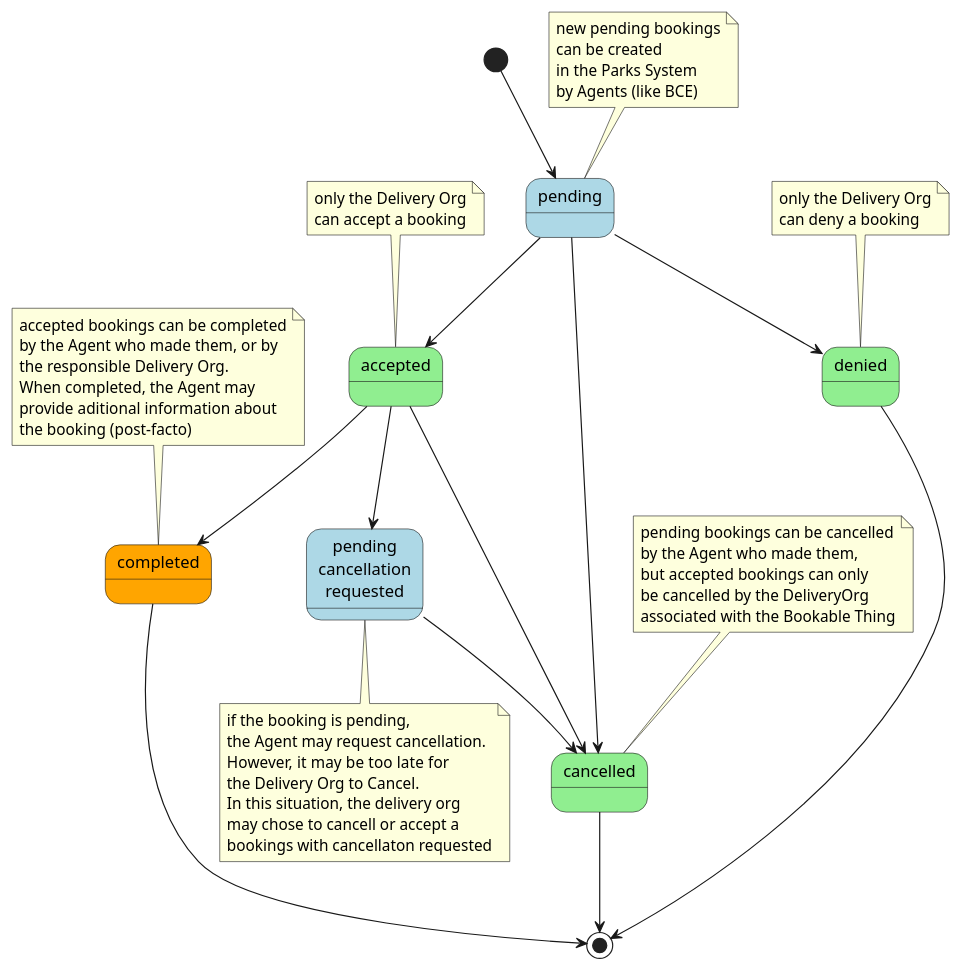
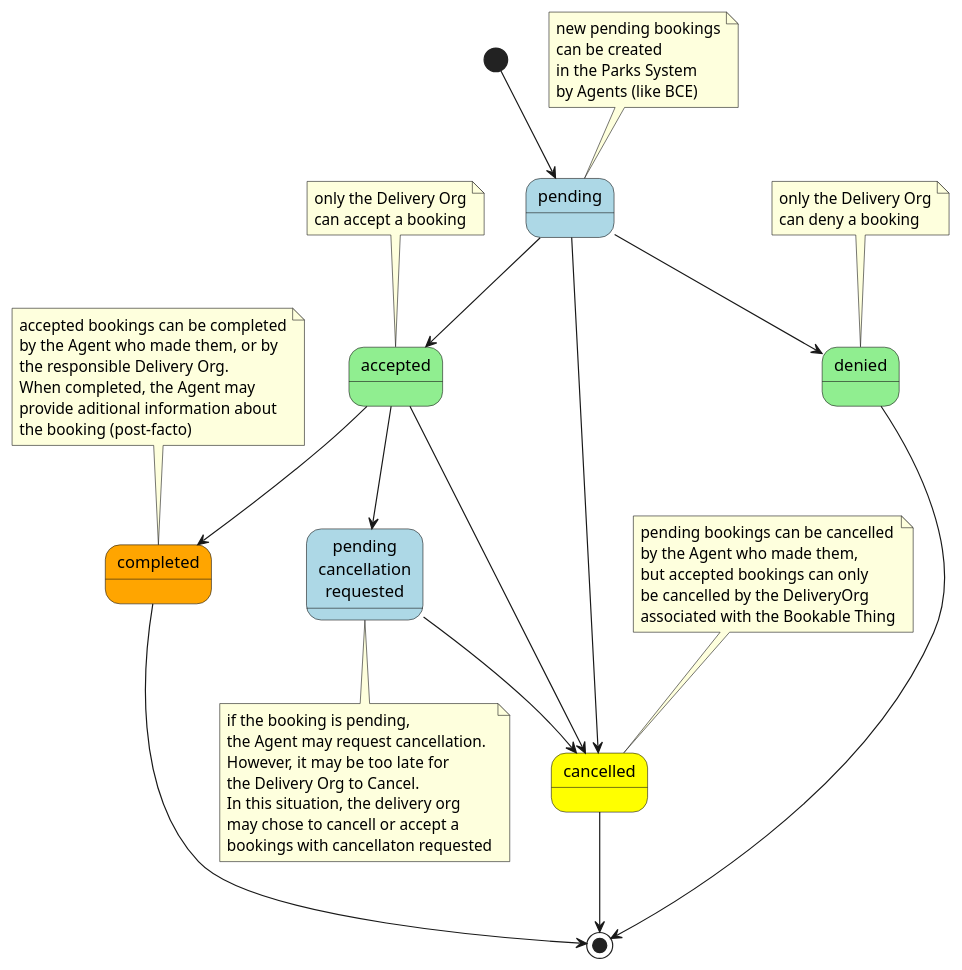
One commit to koriaf/parks-bce-integration-bookable-things changed the second of 2 diagrams in design.rst. Above: the diagram before and after it, drawn with PlantUML. The commit also changed other lines of this file, not shown here.

```diff
--- a/design.rst
+++ b/design.rst
@@ -91,31 +91,31 @@
 .. uml::
 
    state pending #lightblue
    [*] --> pending
    note "new pending bookings\ncan be created\nin the Parks System\nby Agents (like BCE)" as N1
    N1 --> pending
    pending --> denied
    state denied #lightgreen
    pending --> accepted
-   state cancelled #lightgreen
+   state cancelled #yellow
    pending --> cancelled
    accepted --> cancelled
    state completed #orange
    state accepted #lightgreen
    accepted --> completed
    note "pending bookings can be cancelled\nby the Agent who made them,\nbut accepted bookings can only\nbe cancelled by the DeliveryOrg\nassociated with the Bookable Thing" as N2
    N2 --> cancelled
    denied --> [*]
    completed --> [*]
    cancelled --> [*]
    note "accepted bookings can be completed\nby the Agent who made them, or by\nthe responsible Delivery Org.\nWhen completed, the Agent may\nprovide aditional information about\nthe booking (post-facto)" as N3
    N3 --> completed
    note "only the Delivery Org\ncan accept a booking" as N4
    N4 --> accepted
    note "only the Delivery Org\ncan deny a booking" as N5
    N5 --> denied
    state "pending\ncancellation\nrequested" as pcr #lightblue
    pcr --> cancelled
    accepted --> pcr
    note "if the booking is pending,\nthe Agent may request cancellation.\nHowever, it may be too late for\nthe Delivery Org to Cancel.\nIn this situation, the delivery org\nmay chose to cancell or accept a\nbookings with cancellaton requested" as N6
    N6 -up-> pcr
```
